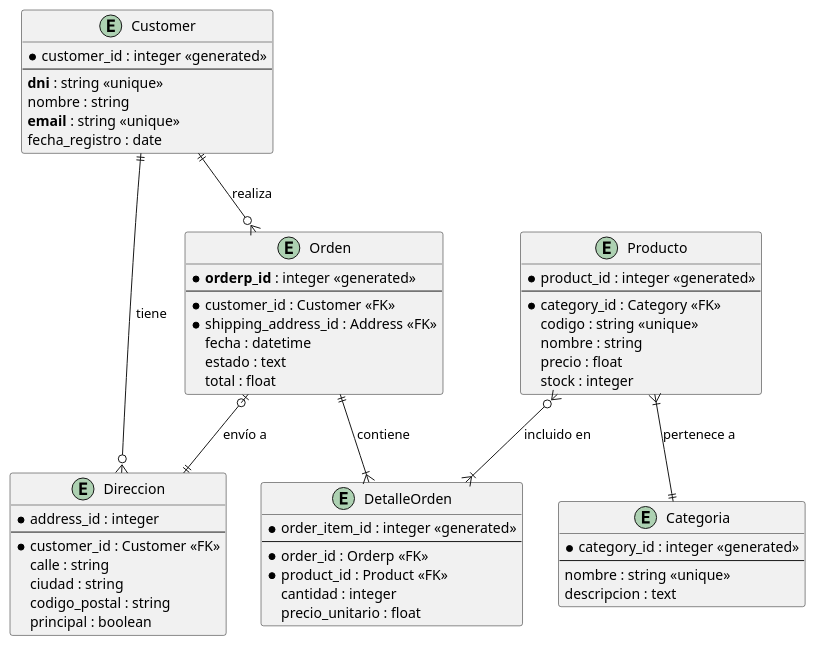
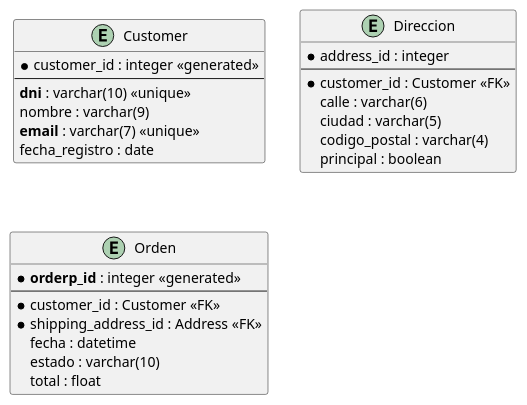
The diagram in src/main/resources/examples/definition.puml (Galindo-lab/plantsql), drawn with PlantUML before and after one commit. The commit also changed 5 other files, not shown here.

```diff
--- a/src/main/resources/examples/definition.puml
+++ b/src/main/resources/examples/definition.puml
@@ -1,75 +1,37 @@
 @startuml
 
 entity Customer {
     *customer_id : integer <<generated>>
     --
-    **dni** : string <<unique>>
-    nombre : string
-    **email** : string <<unique>>
+    **dni** : varchar(10) <<unique>>
+    nombre : varchar(9)
+    **email** : varchar(7) <<unique>>
     fecha_registro : date
 }
+
+
+
+entity "Direccion" as Address {
+    *address_id : integer
+    --
+    *customer_id : Customer <<FK>>
+    calle : varchar(6)
+    ciudad : varchar(5)
+    codigo_postal : varchar(4)
+    principal : boolean
+}
+
 
 entity "Orden" as Orderp {
     * **orderp_id** : integer <<generated>>
     --
     *customer_id : Customer <<FK>>
     *shipping_address_id : Address <<FK>>
     fecha : datetime
-    estado : text
+    estado : varchar(10)
     total : float
 }
 
-entity "Producto" as Product {
-    *product_id : integer <<generated>>
-    --
-    *category_id : Category <<FK>>
-    codigo : string <<unique>>
-    nombre : string
-    precio : float
-    stock : integer
-}
-
-entity "Categoria" as Category {
-    *category_id : integer <<generated>>
-    --
-    nombre : string <<unique>>
-    descripcion : text
-}
-
-entity "DetalleOrden" as OrderItem {
-    *order_item_id : integer <<generated>>
-    --
-    *order_id : Orderp <<FK>>
-    *product_id : Product <<FK>>
-    cantidad : integer
-    precio_unitario : float
-}
-
-entity "Direccion" as Address {
-    *address_id : integer
-    --
-    *customer_id : Customer <<FK>>
-    calle : string
-    ciudad : string
-    codigo_postal : string
-    principal : boolean
-}
-
-
-' Relaciones con todos los tipos posibles
-Customer ||--o{ Orderp : "realiza"
-Customer ||--o{ Address : "tiene"
-
-Orderp ||--|{ OrderItem : "contiene"
-Product }o--|{ OrderItem : "incluido en"
-
-Product }|--|| Category : "pertenece a"
-
-' Relación many-to-many implícita a través de OrderItem
-' (Producto puede estar en muchas Ordenes y Orden puede tener muchos Productos)
-
-' Relación uno a uno opcional
-Orderp |o--|| Address : "envío a"
 
 
 @enduml
```
